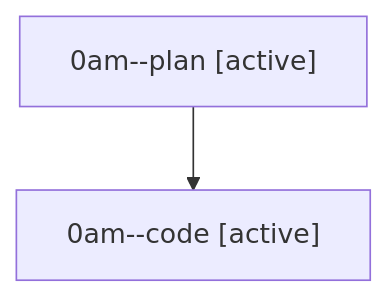
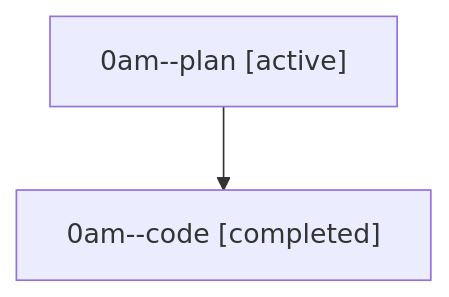
Before and after one commit to sase-org/sase--agents: the diagram in families/bbugyi200.athena.0am.md, drawn with Mermaid. The commit also changed other lines of this file and 35830 other files, not shown here.

````diff
--- a/families/bbugyi200.athena.0am.md
+++ b/families/bbugyi200.athena.0am.md
@@ -9,6 +9,6 @@
 ```mermaid
 flowchart TD
   n0["0am--plan [active]"]
-  n1["0am--code [active]"]
+  n1["0am--code [completed]"]
   n0 --> n1
 ```
````
